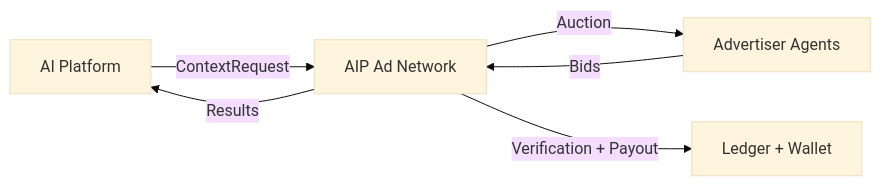
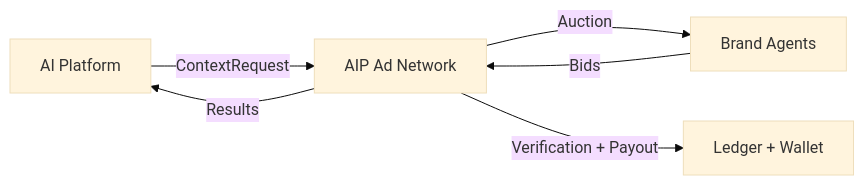
The diagram in adnetworks.mdx (GouniManikumar12/mintlify-docs), drawn with Mermaid (base theme) before and after one commit. The commit also changed other lines of this file and 14 other files, not shown here.

First line of the commit message:
Rename 'Advertiser Agents' to 'Brand Agents' and update schemas

````diff
--- a/adnetworks.mdx
+++ b/adnetworks.mdx
@@ -45,8 +45,8 @@
 ```mermaid
 flowchart LR
     P[AI Platform] -->|ContextRequest| AIP[AIP Ad Network]
-    AIP -->|Auction| AA[Advertiser Agents]
+    AIP -->|Auction| AA[Brand Agents]
     AA -->|Bids| AIP
     AIP -->|Results| P
     AIP -->|Verification + Payout| L[Ledger + Wallet]
 ```
````
